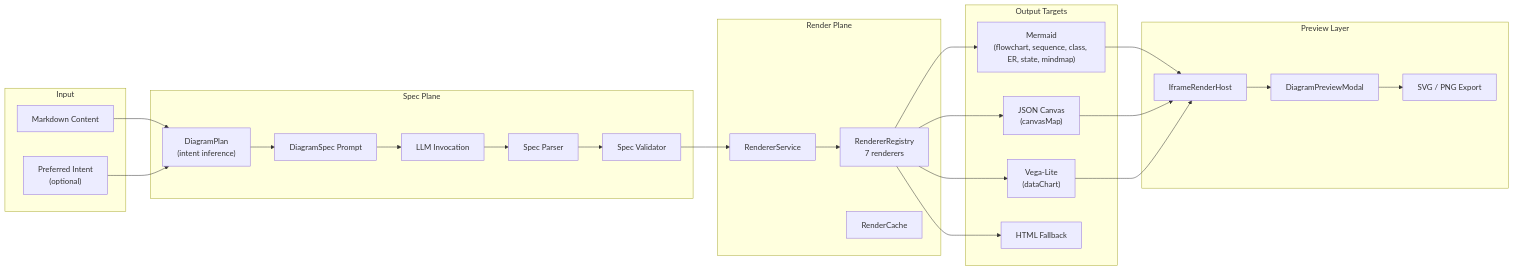
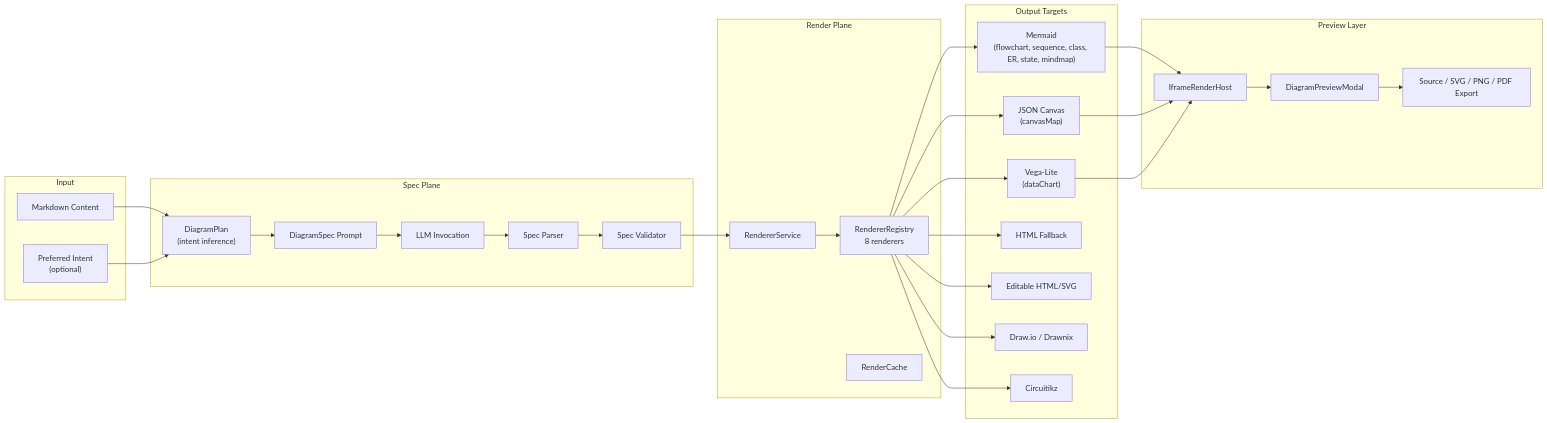
One commit to Jacobinwwey/obsidian-NotEMD changed the third of 3 diagrams in docs/architecture.md. Above: the diagram before and after it, drawn with Mermaid. The commit also changed other lines of this file and 44 other files, not shown here.

First line of the commit message:
fix(diagrams): expose circuitikz render target

````diff
--- a/docs/architecture.md
+++ b/docs/architecture.md
@@ -129,52 +129,58 @@
 ```mermaid
 flowchart LR
     subgraph Input["Input"]
         MD["Markdown Content"]
         INTENT["Preferred Intent<br/>(optional)"]
     end
 
     subgraph Spec["Spec Plane"]
         PLAN["DiagramPlan<br/>(intent inference)"]
         PROMPT2["DiagramSpec Prompt"]
         LLM["LLM Invocation"]
         PARSE2["Spec Parser"]
         VALIDATE["Spec Validator"]
     end
 
     subgraph Render["Render Plane"]
-        REGISTRY["RendererRegistry<br/>7 renderers"]
+        REGISTRY["RendererRegistry<br/>8 renderers"]
         SERVICE["RendererService"]
         CACHE2["RenderCache"]
     end
 
     subgraph Target["Output Targets"]
         MERMAID["Mermaid<br/>(flowchart, sequence, class, ER, state, mindmap)"]
         CANVAS["JSON Canvas<br/>(canvasMap)"]
         VEGA["Vega-Lite<br/>(dataChart)"]
         HTML["HTML Fallback"]
+        FIGURE["Editable HTML/SVG"]
+        BOARD["Draw.io / Drawnix"]
+        CIRCUIT["Circuitikz"]
     end
 
     subgraph Host["Preview Layer"]
         IFRAME["IframeRenderHost"]
         MODAL["DiagramPreviewModal"]
-        EXPORT2["SVG / PNG Export"]
+        EXPORT2["Source / SVG / PNG / PDF Export"]
     end
 
     MD --> PLAN
     INTENT --> PLAN
     PLAN --> PROMPT2
     PROMPT2 --> LLM
     LLM --> PARSE2
     PARSE2 --> VALIDATE
     VALIDATE --> SERVICE
     SERVICE --> REGISTRY
     REGISTRY --> MERMAID
     REGISTRY --> CANVAS
     REGISTRY --> VEGA
     REGISTRY --> HTML
+    REGISTRY --> FIGURE
+    REGISTRY --> BOARD
+    REGISTRY --> CIRCUIT
     MERMAID --> IFRAME
     CANVAS --> IFRAME
     VEGA --> IFRAME
     IFRAME --> MODAL
     MODAL --> EXPORT2
 ```
````
